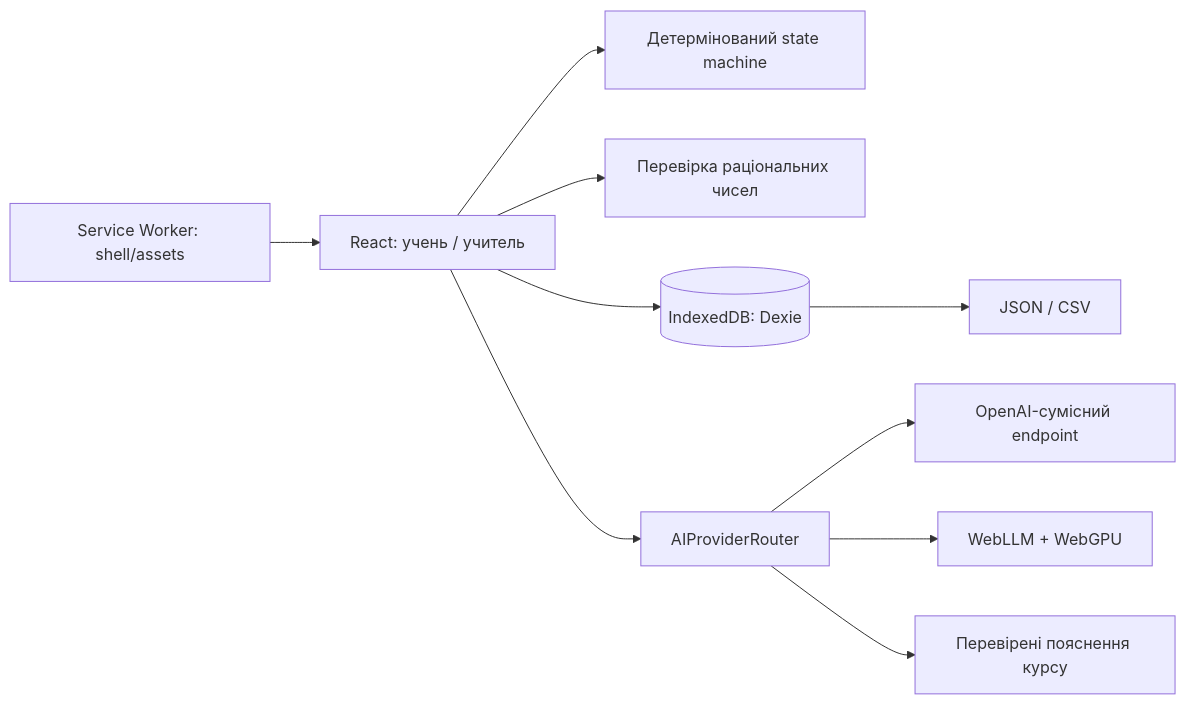
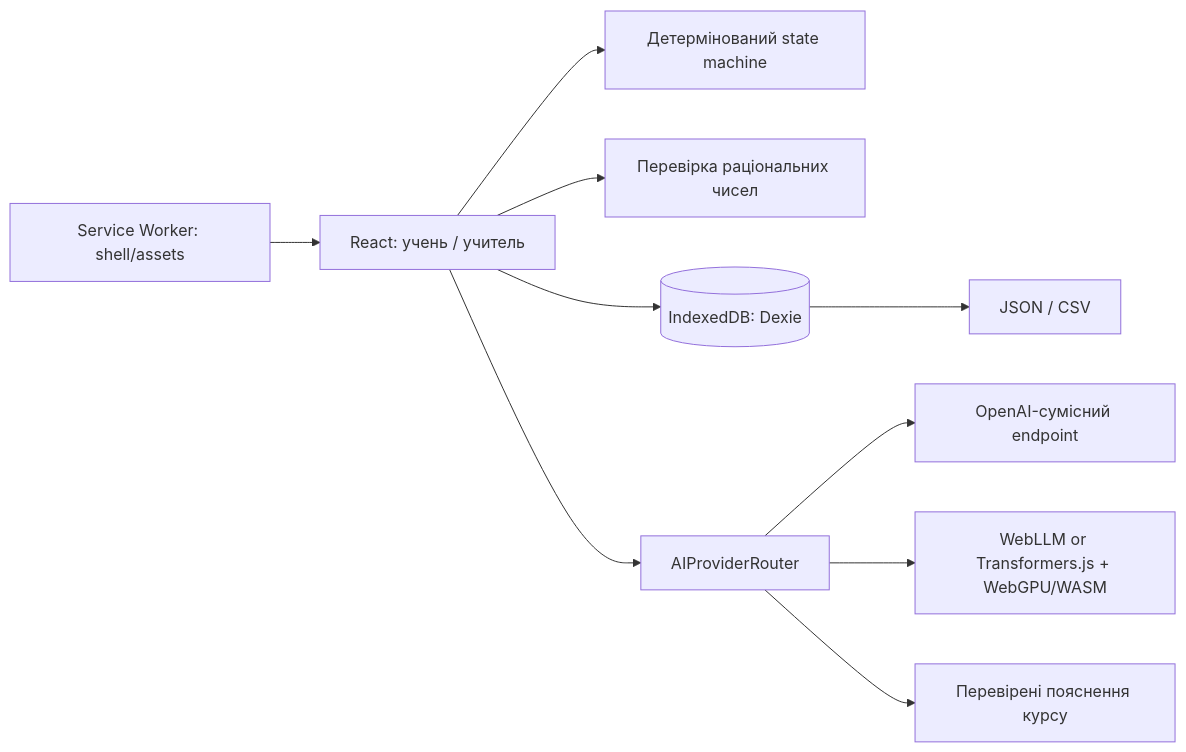
Before and after one commit to rrader/edubridge-ai: the diagram in docs/ARCHITECTURE.md, drawn with Mermaid. The commit also changed other lines of this file and 9 other files, not shown here.

````diff
--- a/docs/ARCHITECTURE.md
+++ b/docs/ARCHITECTURE.md
@@ -5,12 +5,12 @@
 ```mermaid
 flowchart LR
   UI[React: учень / учитель] --> SM[Детермінований state machine]
   UI --> FR[Перевірка раціональних чисел]
   UI --> DB[(IndexedDB: Dexie)]
   UI --> ROUTER[AIProviderRouter]
   ROUTER --> CLOUD[OpenAI-сумісний endpoint]
-  ROUTER --> LOCAL[WebLLM + WebGPU]
+  ROUTER --> LOCAL[WebLLM or Transformers.js + WebGPU/WASM]
   ROUTER --> COURSE[Перевірені пояснення курсу]
   SW[Service Worker: shell/assets] --> UI
   DB --> EXPORT[JSON / CSV]
 ```
````
